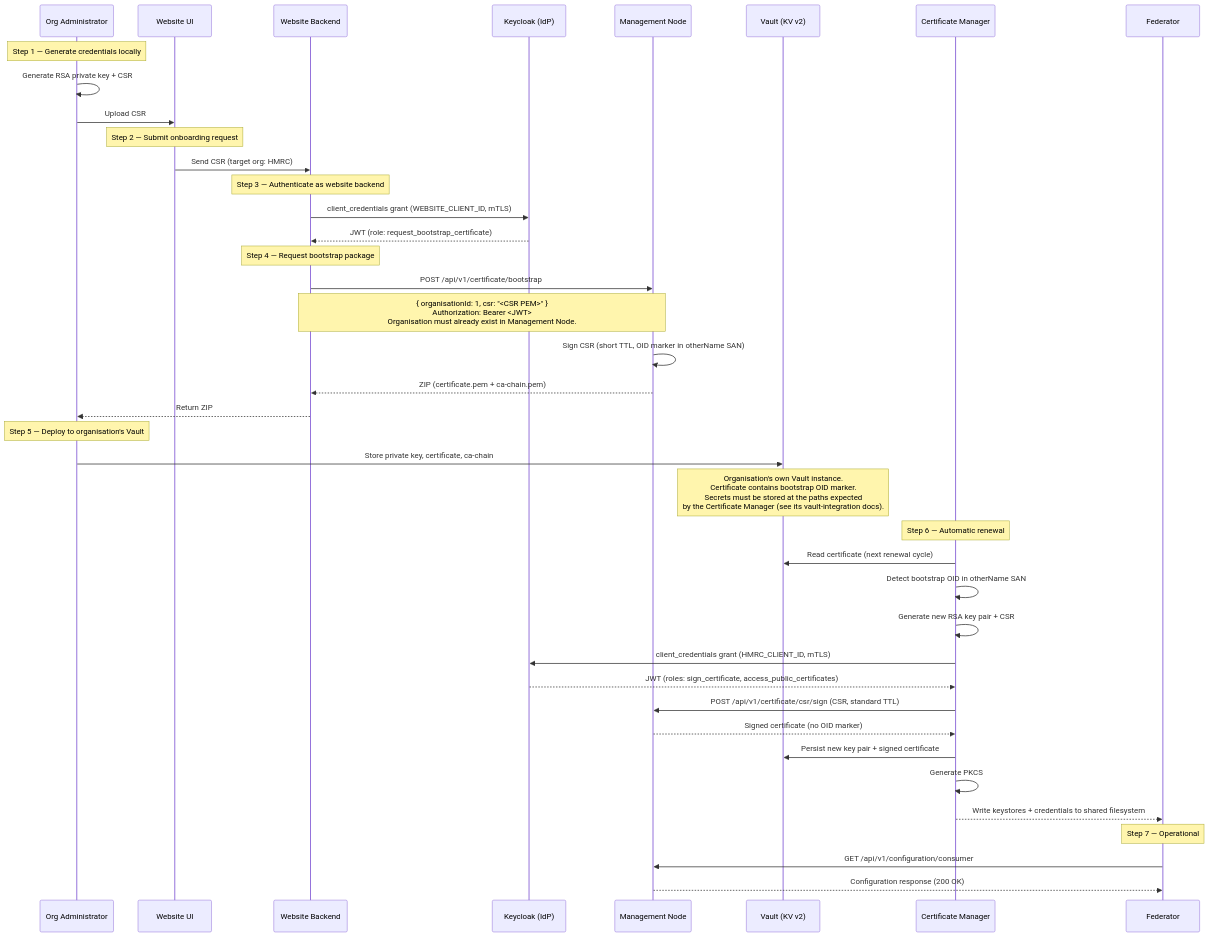
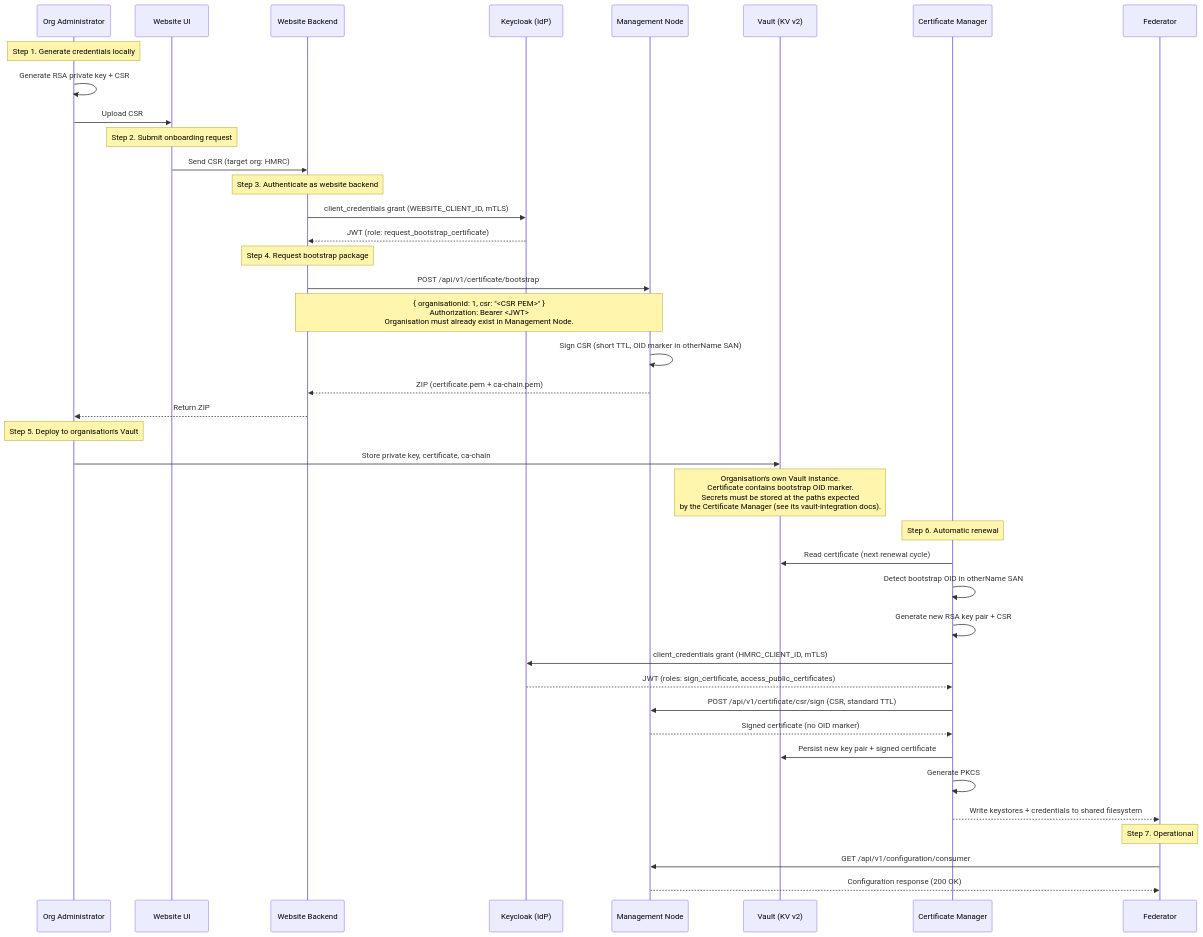
The diagram in docs/BOOTSTRAP_ONBOARDING.md (National-Node-Net/management-node), drawn with Mermaid before and after one commit. The commit also changed other lines of this file and 15 other files, not shown here.

````diff
--- a/docs/BOOTSTRAP_ONBOARDING.md
+++ b/docs/BOOTSTRAP_ONBOARDING.md
@@ -17,49 +17,49 @@
 ```mermaid
 sequenceDiagram
     participant Admin as Org Administrator
     participant UI as Website UI
     participant WB as Website Backend
     participant KC as Keycloak (IdP)
     participant MN as Management Node
     participant V as Vault (KV v2)
     participant CM as Certificate Manager
     participant F as Federator
 
-    Note over Admin: Step 1 — Generate credentials locally
+    Note over Admin: Step 1. Generate credentials locally
     Admin->>Admin: Generate RSA private key + CSR
     Admin->>UI: Upload CSR
 
-    Note over UI: Step 2 — Submit onboarding request
+    Note over UI: Step 2. Submit onboarding request
     UI->>WB: Send CSR (target org: HMRC)
 
-    Note over WB: Step 3 — Authenticate as website backend
+    Note over WB: Step 3. Authenticate as website backend
     WB->>KC: client_credentials grant (WEBSITE_CLIENT_ID, mTLS)
     KC-->>WB: JWT (role: request_bootstrap_certificate)
 
-    Note over WB: Step 4 — Request bootstrap package
+    Note over WB: Step 4. Request bootstrap package
     WB->>MN: POST /api/v1/certificate/bootstrap
     Note over WB,MN: { organisationId: 1, csr: "<CSR PEM>" }<br/>Authorization: Bearer <JWT><br/>Organisation must already exist in Management Node.
     MN->>MN: Sign CSR (short TTL, OID marker in otherName SAN)
     MN-->>WB: ZIP (certificate.pem + ca-chain.pem)
     WB-->>Admin: Return ZIP
 
-    Note over Admin: Step 5 — Deploy to organisation's Vault
+    Note over Admin: Step 5. Deploy to organisation's Vault
     Admin->>V: Store private key, certificate, ca-chain
     Note over V: Organisation's own Vault instance.<br/>Certificate contains bootstrap OID marker.<br/>Secrets must be stored at the paths expected<br/>by the Certificate Manager (see its vault-integration docs).
 
-    Note over CM: Step 6 — Automatic renewal
+    Note over CM: Step 6. Automatic renewal
     CM->>V: Read certificate (next renewal cycle)
     CM->>CM: Detect bootstrap OID in otherName SAN
     CM->>CM: Generate new RSA key pair + CSR
     CM->>KC: client_credentials grant (HMRC_CLIENT_ID, mTLS)
     KC-->>CM: JWT (roles: sign_certificate, access_public_certificates)
     CM->>MN: POST /api/v1/certificate/csr/sign (CSR, standard TTL)
     MN-->>CM: Signed certificate (no OID marker)
     CM->>V: Persist new key pair + signed certificate
     CM->>CM: Generate PKCS#12 keystore + truststore
     CM-->>F: Write keystores + credentials to shared filesystem
 
-    Note over F: Step 7 — Operational
+    Note over F: Step 7. Operational
     F->>MN: GET /api/v1/configuration/consumer
     MN-->>F: Configuration response (200 OK)
 ```
````
